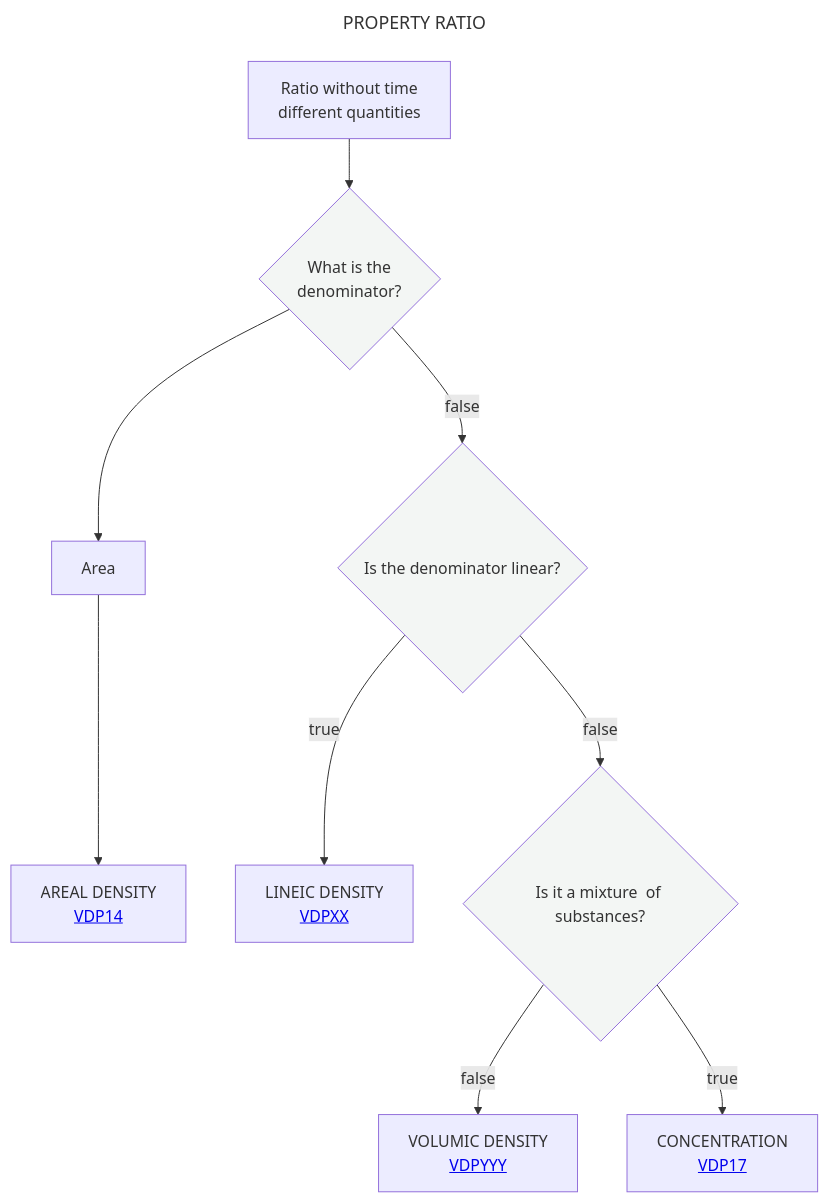
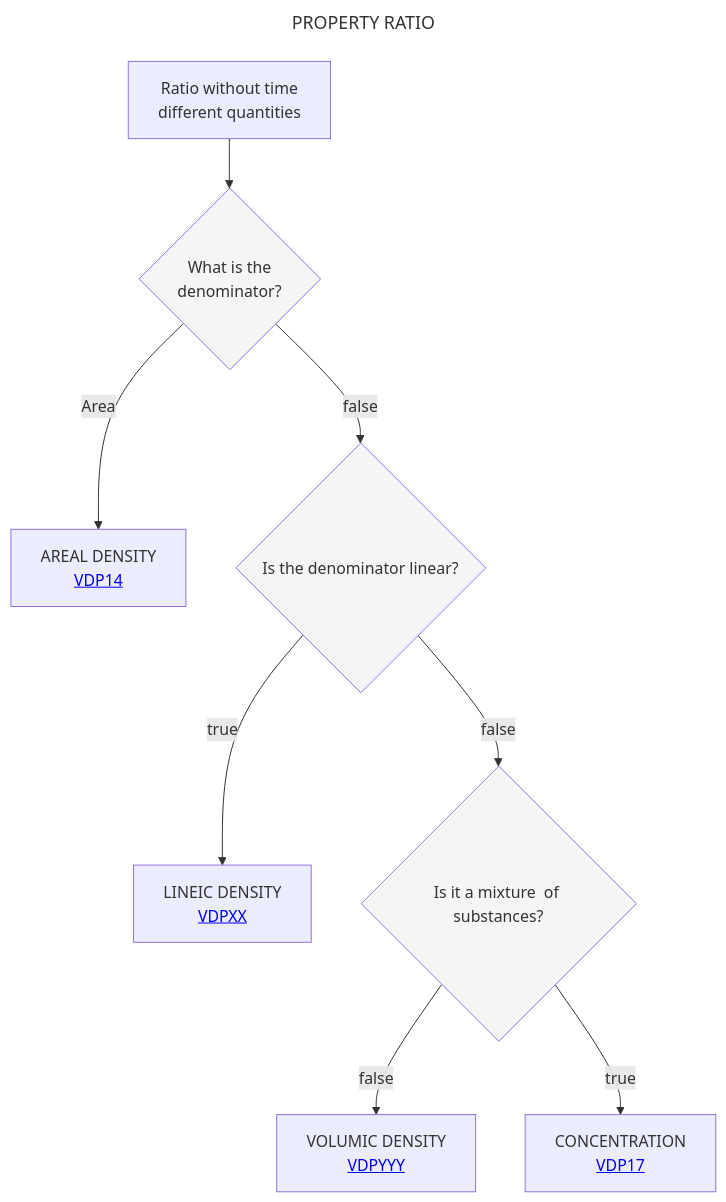
The diagram in Decisition_trees/DT4.mmd (mabablue/I-ADOPT-patterns-playground), drawn with Mermaid before and after one commit.

```diff
--- a/Decisition_trees/DT4.mmd
+++ b/Decisition_trees/DT4.mmd
@@ -1,15 +1,15 @@
 ---
 title: PROPERTY RATIO
 ---
 flowchart TD
     A[Ratio without time <br> different quantities] --> B{What is the <br> denominator?}:::white
-    B --> Area -->C[AREAL DENSITY <br> <a href='https://github.com/mabablue/I-ADOPT-patterns-playground/blob/main/pattern/VDP14.yaml'>VDP14</a>]
+    B -- Area -->C[AREAL DENSITY <br> <a href='https://github.com/mabablue/I-ADOPT-patterns-playground/blob/main/pattern/VDP14.yaml'>VDP14</a>]
     B --> |false|DE{Is the denominator linear?}:::white
     DE --> |true|N[LINEIC DENSITY <br> <a href='https://github.com/mabablue/I-ADOPT-patterns-playground/blob/main/pattern/VDPXX.yaml'>VDPXX</a>]
     DE --> |false|E{Is it a mixture <be> of substances?}:::white
     E --> |false|G[VOLUMIC DENSITY <br> <a href='https://github.com/mabablue/I-ADOPT-patterns-playground/blob/main/pattern/VDP20.yaml'>VDPYYY</a>]
     E--> |true|H[CONCENTRATION <br> <a href='https://github.com/mabablue/I-ADOPT-patterns-playground/blob/main/pattern/VDP17.yaml'>VDP17</a>]
    classDef blue fill:#90D5FF
    classDef satblue fill:#57B9FF 
    classDef white fill:#f3f6f4
    classDef green fill:#6aa84f
```
